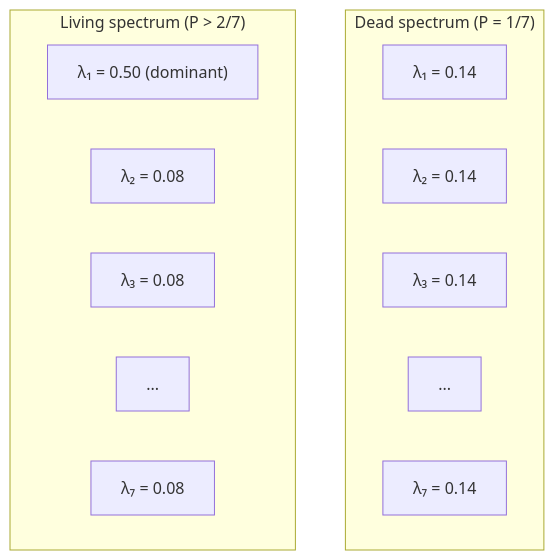
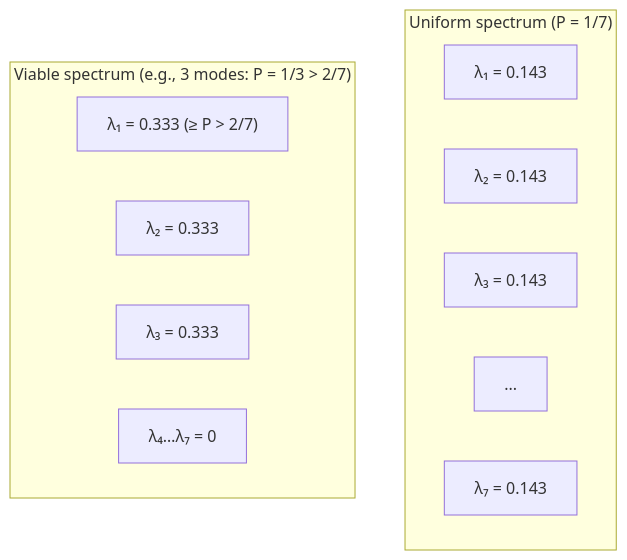
The second of 3 diagrams in website/docs/applied/research/engineering-insights.md (gst-st/uhm), drawn with Mermaid before and after one commit. The commit also changed other lines of this file and 376 other files, not shown here.

First line of the commit message:
Refactor UHM canon, decontaminate architecture, and verify EN/RU parity

````diff
--- a/website/docs/applied/research/engineering-insights.md
+++ b/website/docs/applied/research/engineering-insights.md
@@ -209,17 +213,16 @@
 ```mermaid
 graph TD
-    subgraph A["Dead spectrum (P = 1/7)"]
-        A1["λ₁ = 0.14"]
-        A2["λ₂ = 0.14"]
-        A3["λ₃ = 0.14"]
+    subgraph A["Uniform spectrum (P = 1/7)"]
+        A1["λ₁ = 0.143"]
+        A2["λ₂ = 0.143"]
+        A3["λ₃ = 0.143"]
         A4["..."]
-        A5["λ₇ = 0.14"]
+        A5["λ₇ = 0.143"]
     end
-    subgraph B["Living spectrum (P > 2/7)"]
-        B1["λ₁ = 0.50 (dominant)"]
-        B2["λ₂ = 0.08"]
-        B3["λ₃ = 0.08"]
-        B4["..."]
-        B5["λ₇ = 0.08"]
+    subgraph B["Viable spectrum (e.g., 3 modes: P = 1/3 > 2/7)"]
+        B1["λ₁ = 0.333 (≥ P > 2/7)"]
+        B2["λ₂ = 0.333"]
+        B3["λ₃ = 0.333"]
+        B4["λ₄…λ₇ = 0"]
     end
 ```
````
